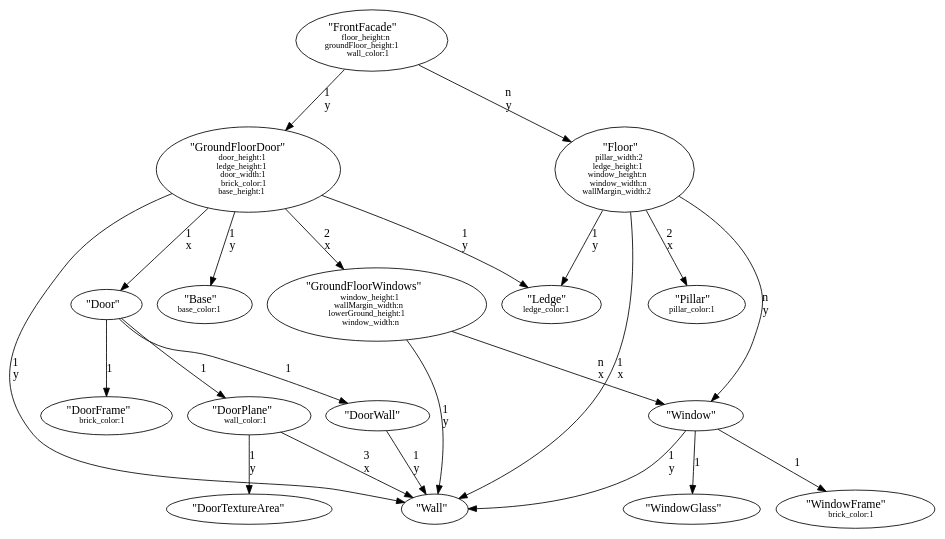
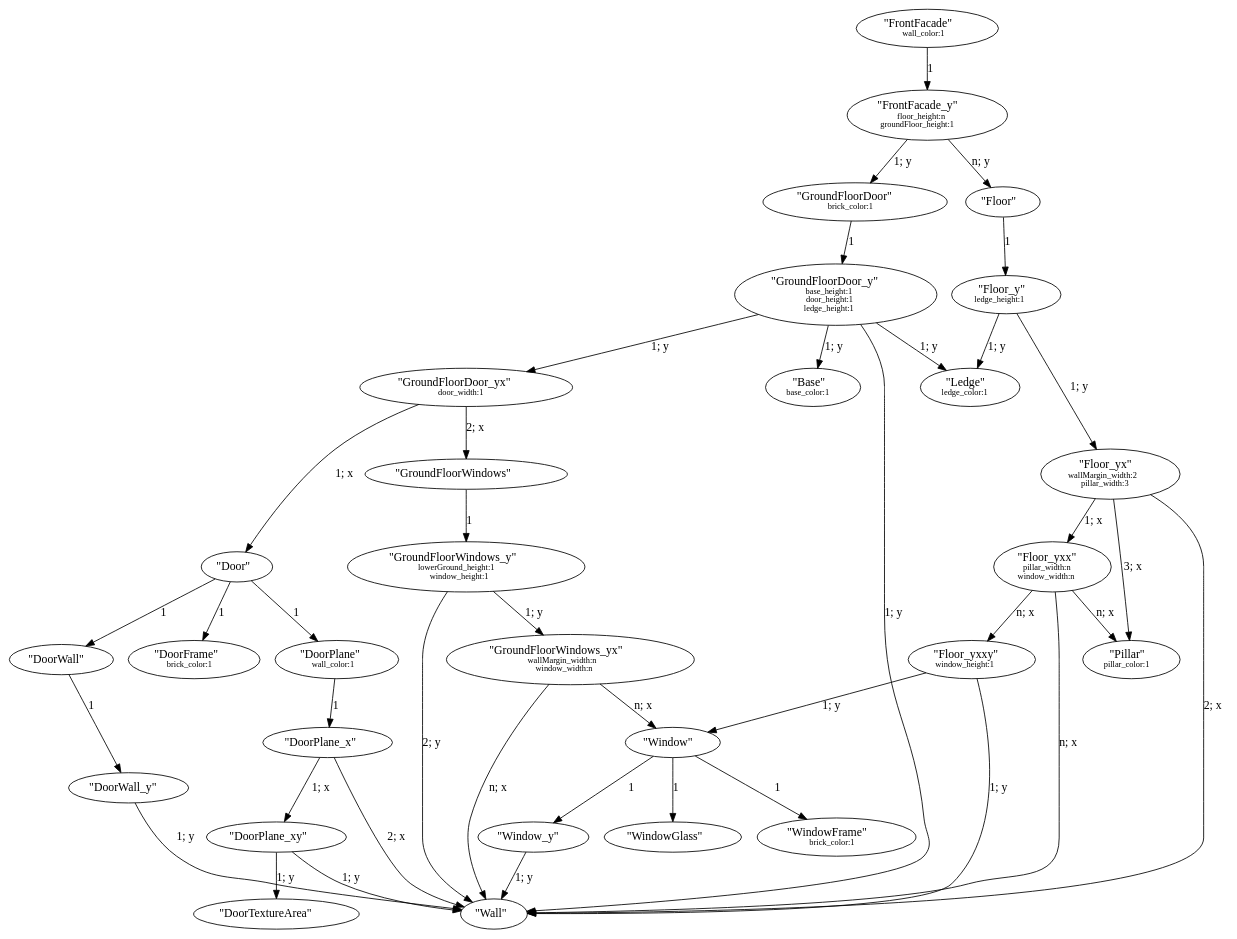
The diagram in gv/example.gv (gaspardzoss/cga-parser), drawn with Graphviz before and after one commit. The commit also changed 2 other files, not shown here.

```diff
--- a/gv/example.gv
+++ b/gv/example.gv
@@ -1,80 +1,95 @@
 digraph {
-    Door -> DoorWall[label=<1>];
-    Door -> DoorFrame[label=<1>];
-    Door -> DoorPlane[label=<1>];
-    GroundFloorWindows -> Wall[label=<1
-<BR />y>];
-    GroundFloorWindows -> Window[label=<n
-<BR />x>];
-    Floor -> Wall[label=<1
-<BR />x>];
-    Floor -> Pillar[label=<2
-<BR />x>];
-    Floor -> Window[label=<n
-<BR />y>];
-    Floor -> Ledge[label=<1
-<BR />y>];
-    Window -> WindowFrame[label=<1>];
-    Window -> Wall[label=<1
-<BR />y>];
-    Window -> WindowGlass[label=<1>];
-    FrontFacade -> GroundFloorDoor[label=<1
-<BR />y>];
-    FrontFacade -> Floor[label=<n
-<BR />y>];
-    DoorWall -> Wall[label=<1
-<BR />y>];
-    GroundFloorDoor -> Wall[label=<1
-<BR />y>];
-    GroundFloorDoor -> Base[label=<1
-<BR />y>];
-    GroundFloorDoor -> Door[label=<1
-<BR />x>];
-    GroundFloorDoor -> Ledge[label=<1
-<BR />y>];
-    GroundFloorDoor -> GroundFloorWindows[label=<2
-<BR />x>];
-    DoorPlane -> Wall[label=<3
-<BR />x>];
-    DoorPlane -> DoorTextureArea[label=<1
-<BR />y>];
-    Door [label=<"Door">];
+    DoorWall_y -> Wall[label=<1; y>]
+    GroundFloorWindows_y -> Wall[label=<2; y>]
+    GroundFloorWindows_y -> GroundFloorWindows_yx[label=<1; y>]
+    GroundFloorWindows -> GroundFloorWindows_y[label=<1>]
+    Floor -> Floor_y[label=<1>]
+    FrontFacade_y -> GroundFloorDoor[label=<1; y>]
+    FrontFacade_y -> Floor[label=<n; y>]
+    Window_y -> Wall[label=<1; y>]
+    DoorPlane -> DoorPlane_x[label=<1>]
+    Door -> DoorWall[label=<1>]
+    Door -> DoorFrame[label=<1>]
+    Door -> DoorPlane[label=<1>]
+    FrontFacade -> FrontFacade_y[label=<1>]
+    Floor_y -> Ledge[label=<1; y>]
+    Floor_y -> Floor_yx[label=<1; y>]
+    GroundFloorDoor -> GroundFloorDoor_y[label=<1>]
+    Floor_yxx -> Wall[label=<n; x>]
+    Floor_yxx -> Pillar[label=<n; x>]
+    Floor_yxx -> Floor_yxxy[label=<n; x>]
+    GroundFloorDoor_yx -> Door[label=<1; x>]
+    GroundFloorDoor_yx -> GroundFloorWindows[label=<2; x>]
+    DoorWall -> DoorWall_y[label=<1>]
+    GroundFloorWindows_yx -> Wall[label=<n; x>]
+    GroundFloorWindows_yx -> Window[label=<n; x>]
+    DoorPlane_x -> Wall[label=<2; x>]
+    DoorPlane_x -> DoorPlane_xy[label=<1; x>]
+    Floor_yxxy -> Wall[label=<1; y>]
+    Floor_yxxy -> Window[label=<1; y>]
+    Floor_yx -> Wall[label=<2; x>]
+    Floor_yx -> Pillar[label=<3; x>]
+    Floor_yx -> Floor_yxx[label=<1; x>]
+    GroundFloorDoor_y -> Wall[label=<1; y>]
+    GroundFloorDoor_y -> GroundFloorDoor_yx[label=<1; y>]
+    GroundFloorDoor_y -> Base[label=<1; y>]
+    GroundFloorDoor_y -> Ledge[label=<1; y>]
+    Window -> WindowFrame[label=<1>]
+    Window -> Window_y[label=<1>]
+    Window -> WindowGlass[label=<1>]
+    DoorPlane_xy -> Wall[label=<1; y>]
+    DoorPlane_xy -> DoorTextureArea[label=<1; y>]
+    DoorWall_y [label=<"DoorWall_y">]
+    GroundFloorWindows_y [label=<"GroundFloorWindows_y"
+<BR /><FONT POINT-SIZE="10">lowerGround_height:1</FONT>
+<BR /><FONT POINT-SIZE="10">window_height:1</FONT>>]
+    GroundFloorWindows [label=<"GroundFloorWindows">]
+    Floor [label=<"Floor">]
+    FrontFacade_y [label=<"FrontFacade_y"
+<BR /><FONT POINT-SIZE="10">floor_height:n</FONT>
+<BR /><FONT POINT-SIZE="10">groundFloor_height:1</FONT>>]
+    Ledge [label=<"Ledge"
+<BR /><FONT POINT-SIZE="10">ledge_color:1</FONT>>]
+    Window_y [label=<"Window_y">]
+    DoorPlane [label=<"DoorPlane"
+<BR /><FONT POINT-SIZE="10">wall_color:1</FONT>>]
+    Door [label=<"Door">]
+    Base [label=<"Base"
+<BR /><FONT POINT-SIZE="10">base_color:1</FONT>>]
+    FrontFacade [label=<"FrontFacade"
+<BR /><FONT POINT-SIZE="10">wall_color:1</FONT>>]
+    Floor_y [label=<"Floor_y"
+<BR /><FONT POINT-SIZE="10">ledge_height:1</FONT>>]
+    GroundFloorDoor [label=<"GroundFloorDoor"
+<BR /><FONT POINT-SIZE="10">brick_color:1</FONT>>]
+    Floor_yxx [label=<"Floor_yxx"
+<BR /><FONT POINT-SIZE="10">pillar_width:n</FONT>
+<BR /><FONT POINT-SIZE="10">window_width:n</FONT>>]
+    GroundFloorDoor_yx [label=<"GroundFloorDoor_yx"
+<BR /><FONT POINT-SIZE="10">door_width:1</FONT>>]
+    DoorWall [label=<"DoorWall">]
     DoorFrame [label=<"DoorFrame"
-<BR /><FONT POINT-SIZE="10">brick_color:1</FONT>>];
-    GroundFloorWindows [label=<"GroundFloorWindows"
-<BR /><FONT POINT-SIZE="10">window_height:1</FONT>
+<BR /><FONT POINT-SIZE="10">brick_color:1</FONT>>]
+    Pillar [label=<"Pillar"
+<BR /><FONT POINT-SIZE="10">pillar_color:1</FONT>>]
+    WindowGlass [label=<"WindowGlass">]
+    WindowFrame [label=<"WindowFrame"
+<BR /><FONT POINT-SIZE="10">brick_color:1</FONT>>]
+    GroundFloorWindows_yx [label=<"GroundFloorWindows_yx"
 <BR /><FONT POINT-SIZE="10">wallMargin_width:n</FONT>
-<BR /><FONT POINT-SIZE="10">lowerGround_height:1</FONT>
-<BR /><FONT POINT-SIZE="10">window_width:n</FONT>>];
-    Floor [label=<"Floor"
-<BR /><FONT POINT-SIZE="10">pillar_width:2</FONT>
-<BR /><FONT POINT-SIZE="10">ledge_height:1</FONT>
-<BR /><FONT POINT-SIZE="10">window_height:n</FONT>
-<BR /><FONT POINT-SIZE="10">window_width:n</FONT>
-<BR /><FONT POINT-SIZE="10">wallMargin_width:2</FONT>>];
-    Wall [label=<"Wall">];
-    Pillar [label=<"Pillar"
-<BR /><FONT POINT-SIZE="10">pillar_color:1</FONT>>];
-    WindowGlass [label=<"WindowGlass">];
-    Window [label=<"Window">];
-    Base [label=<"Base"
-<BR /><FONT POINT-SIZE="10">base_color:1</FONT>>];
-    FrontFacade [label=<"FrontFacade"
-<BR /><FONT POINT-SIZE="10">floor_height:n</FONT>
-<BR /><FONT POINT-SIZE="10">groundFloor_height:1</FONT>
-<BR /><FONT POINT-SIZE="10">wall_color:1</FONT>>];
-    Ledge [label=<"Ledge"
-<BR /><FONT POINT-SIZE="10">ledge_color:1</FONT>>];
-    WindowFrame [label=<"WindowFrame"
-<BR /><FONT POINT-SIZE="10">brick_color:1</FONT>>];
-    DoorWall [label=<"DoorWall">];
-    GroundFloorDoor [label=<"GroundFloorDoor"
+<BR /><FONT POINT-SIZE="10">window_width:n</FONT>>]
+    DoorPlane_x [label=<"DoorPlane_x">]
+    Floor_yxxy [label=<"Floor_yxxy"
+<BR /><FONT POINT-SIZE="10">window_height:1</FONT>>]
+    Floor_yx [label=<"Floor_yx"
+<BR /><FONT POINT-SIZE="10">wallMargin_width:2</FONT>
+<BR /><FONT POINT-SIZE="10">pillar_width:3</FONT>>]
+    GroundFloorDoor_y [label=<"GroundFloorDoor_y"
+<BR /><FONT POINT-SIZE="10">base_height:1</FONT>
 <BR /><FONT POINT-SIZE="10">door_height:1</FONT>
-<BR /><FONT POINT-SIZE="10">ledge_height:1</FONT>
-<BR /><FONT POINT-SIZE="10">door_width:1</FONT>
-<BR /><FONT POINT-SIZE="10">brick_color:1</FONT>
-<BR /><FONT POINT-SIZE="10">base_height:1</FONT>>];
-    DoorTextureArea [label=<"DoorTextureArea">];
-    DoorPlane [label=<"DoorPlane"
-<BR /><FONT POINT-SIZE="10">wall_color:1</FONT>>];
+<BR /><FONT POINT-SIZE="10">ledge_height:1</FONT>>]
+    Window [label=<"Window">]
+    Wall [label=<"Wall">]
+    DoorPlane_xy [label=<"DoorPlane_xy">]
+    DoorTextureArea [label=<"DoorTextureArea">]
 }
```
